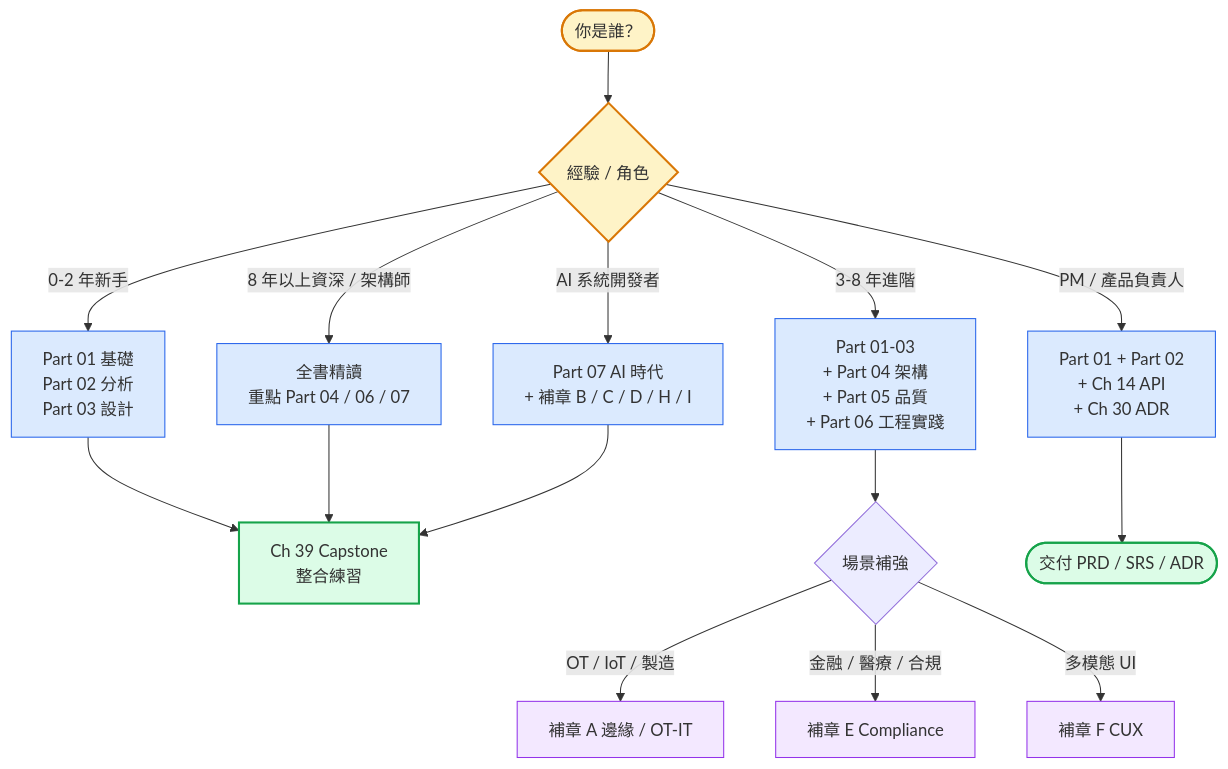
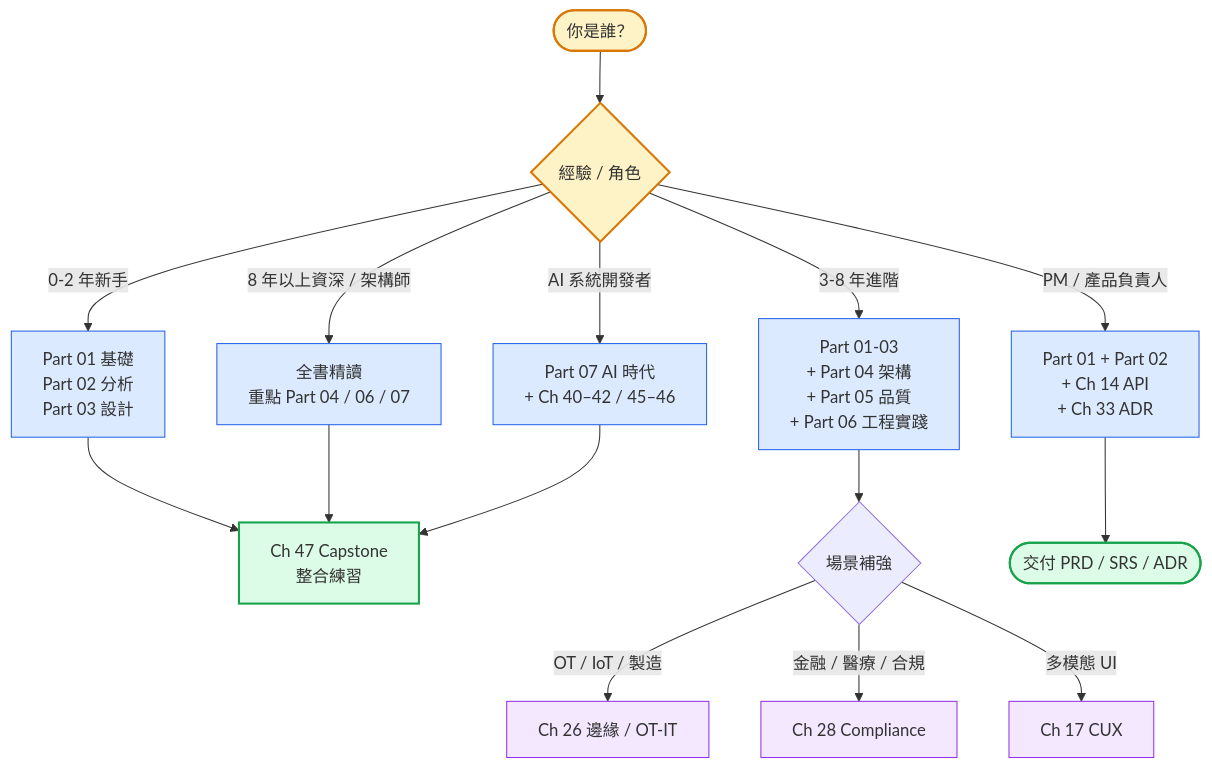
Before and after one commit to EddyKuo/sa-sd-playbook: the first of 2 diagrams in README.md, drawn with Mermaid. The commit also changed other lines of this file and 77 other files, not shown here.

````diff
--- a/README.md
+++ b/README.md
@@ -21,28 +21,28 @@
 ```mermaid
 flowchart TD
     Start([你是誰？]) --> Q1{經驗 / 角色}
 
     Q1 -->|0-2 年新手| New[Part 01 基礎<br/>Part 02 分析<br/>Part 03 設計]
     Q1 -->|3-8 年進階| Mid[Part 01-03<br/>+ Part 04 架構<br/>+ Part 05 品質<br/>+ Part 06 工程實踐]
     Q1 -->|8 年以上資深 / 架構師| Senior[全書精讀<br/>重點 Part 04 / 06 / 07]
-    Q1 -->|PM / 產品負責人| PM[Part 01 + Part 02<br/>+ Ch 14 API<br/>+ Ch 30 ADR]
-    Q1 -->|AI 系統開發者| AI[Part 07 AI 時代<br/>+ 補章 B / C / D / H / I]
+    Q1 -->|PM / 產品負責人| PM[Part 01 + Part 02<br/>+ Ch 14 API<br/>+ Ch 33 ADR]
+    Q1 -->|AI 系統開發者| AI[Part 07 AI 時代<br/>+ Ch 40–42 / 45–46]
 
-    New --> Cap[Ch 39 Capstone<br/>整合練習]
+    New --> Cap[Ch 47 Capstone<br/>整合練習]
     Mid --> Ext{場景補強}
-    Ext -->|OT / IoT / 製造| ChA[補章 A 邊緣 / OT-IT]
-    Ext -->|金融 / 醫療 / 合規| ChE[補章 E Compliance]
-    Ext -->|多模態 UI| ChF[補章 F CUX]
+    Ext -->|OT / IoT / 製造| ChA[Ch 26 邊緣 / OT-IT]
+    Ext -->|金融 / 醫療 / 合規| ChE[Ch 28 Compliance]
+    Ext -->|多模態 UI| ChF[Ch 17 CUX]
     Senior --> Cap
     PM --> Out([交付 PRD / SRS / ADR])
     AI --> Cap
 
     classDef start fill:#fef3c7,stroke:#d97706,stroke-width:2px
     classDef path fill:#dbeafe,stroke:#2563eb
     classDef ext fill:#f3e8ff,stroke:#9333ea
     classDef cap fill:#dcfce7,stroke:#16a34a,stroke-width:2px
     class Start,Q1 start
     class New,Mid,Senior,PM,AI path
     class ChA,ChE,ChF ext
     class Cap,Out cap
 ```
````
